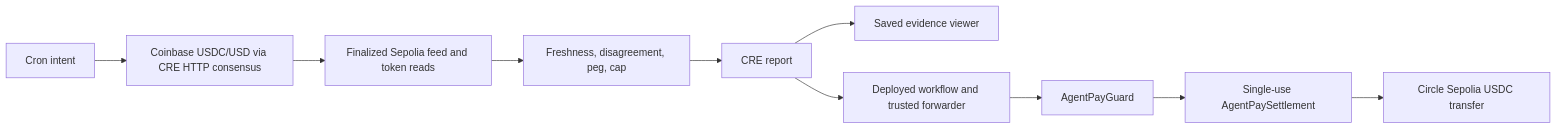
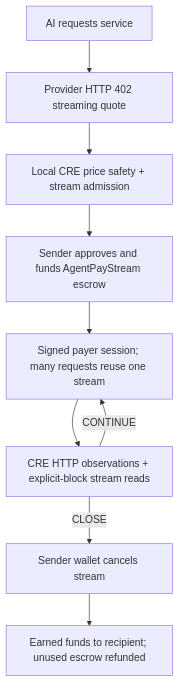
One commit to ola-893/agentPay changed the diagram in docs/architecture/README.md. Above: the diagram before and after it, drawn with Mermaid. The commit also changed other lines of this file and 43 other files, not shown here.

Commit message:
Document and verify real CRE-supervised stream reuse and refunds

````diff
--- a/docs/architecture/README.md
+++ b/docs/architecture/README.md
@@ -5,12 +5,11 @@
 ```mermaid
-flowchart LR
-  Trigger[Cron intent] --> HTTP[Coinbase USDC/USD via CRE HTTP consensus]
-  HTTP --> EVM[Finalized Sepolia feed and token reads]
-  EVM --> Policy[Freshness, disagreement, peg, cap]
-  Policy --> Report[CRE report]
-  Report --> Preview[Saved evidence viewer]
-  Report --> Forwarder[Deployed workflow and trusted forwarder]
-  Forwarder --> Guard[AgentPayGuard]
-  Guard --> Settlement[Single-use AgentPaySettlement]
-  Settlement --> USDC[Circle Sepolia USDC transfer]
+flowchart TD
+  Agent[AI requests service] --> Quote[Provider HTTP 402 streaming quote]
+  Quote --> Admission[Local CRE price safety + stream admission]
+  Admission --> Wallet[Sender approves and funds AgentPayStream escrow]
+  Wallet --> Access[Signed payer session; many requests reuse one stream]
+  Access --> Check[CRE HTTP observations + explicit-block stream reads]
+  Check -->|CONTINUE| Access
+  Check -->|CLOSE| Cancel[Sender wallet cancels stream]
+  Cancel --> Payout[Earned funds to recipient; unused escrow refunded]
 ```
````
